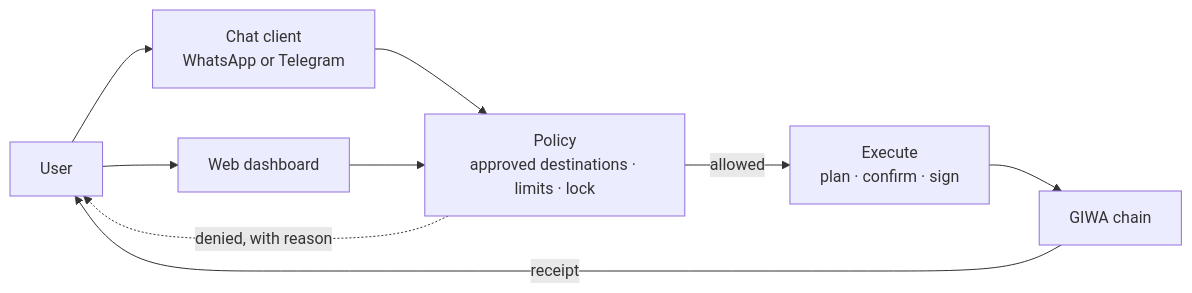
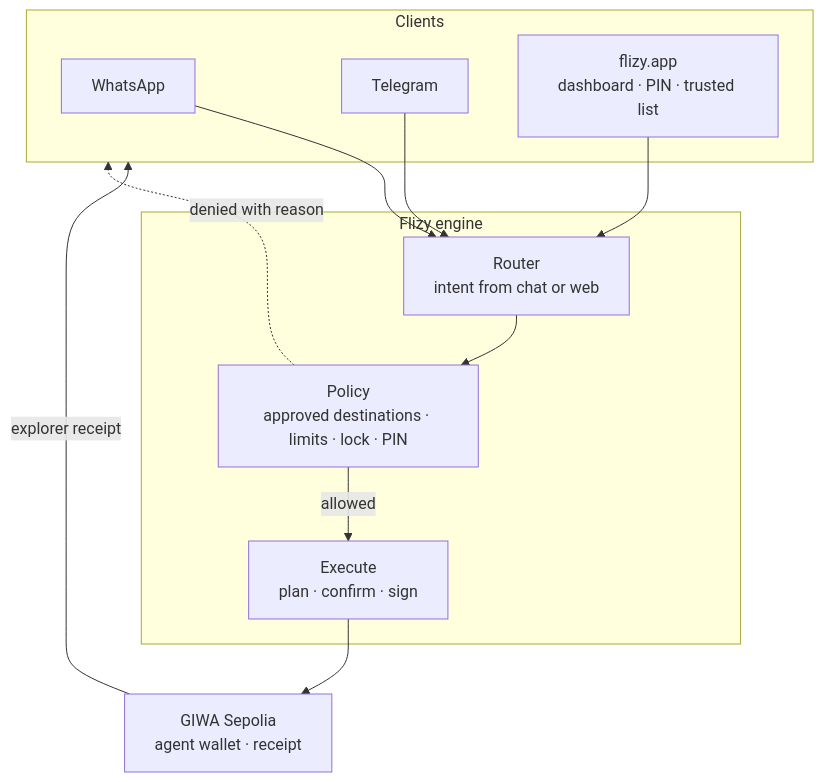
One commit to rudazy/flizy changed the first of 4 diagrams in README.md. Above: the diagram before and after it, drawn with Mermaid. The commit also changed other lines of this file and 25 other files, not shown here.

Commit message:
Ship pin lockout, flizy domain and README diagrams

````diff
--- a/README.md
+++ b/README.md
@@ -150,18 +152,25 @@
 ```mermaid
-flowchart LR
-  U["User"]
-  C["Chat client<br/>WhatsApp or Telegram"]
-  W["Web dashboard"]
-  P["Policy<br/>approved destinations · limits · lock"]
-  E["Execute<br/>plan · confirm · sign"]
-  CH["GIWA chain"]
+flowchart TB
+  subgraph clients["Clients"]
+    WA["WhatsApp"]
+    TG["Telegram"]
+    WEB["flizy.app<br/>dashboard · PIN · trusted list"]
+  end
 
-  U --> C
-  U --> W
-  C --> P
-  W --> P
-  P -->|allowed| E
-  P -.->|denied, with reason| U
-  E --> CH
-  CH -->|receipt| U
+  subgraph engine["Flizy engine"]
+    R["Router<br/>intent from chat or web"]
+    P["Policy<br/>approved destinations · limits · lock · PIN"]
+    X["Execute<br/>plan · confirm · sign"]
+  end
+
+  CH["GIWA Sepolia<br/>agent wallet · receipt"]
+
+  WA --> R
+  TG --> R
+  WEB --> R
+  R --> P
+  P -->|allowed| X
+  P -.->|denied with reason| clients
+  X --> CH
+  CH -->|explorer receipt| clients
 ```
````
